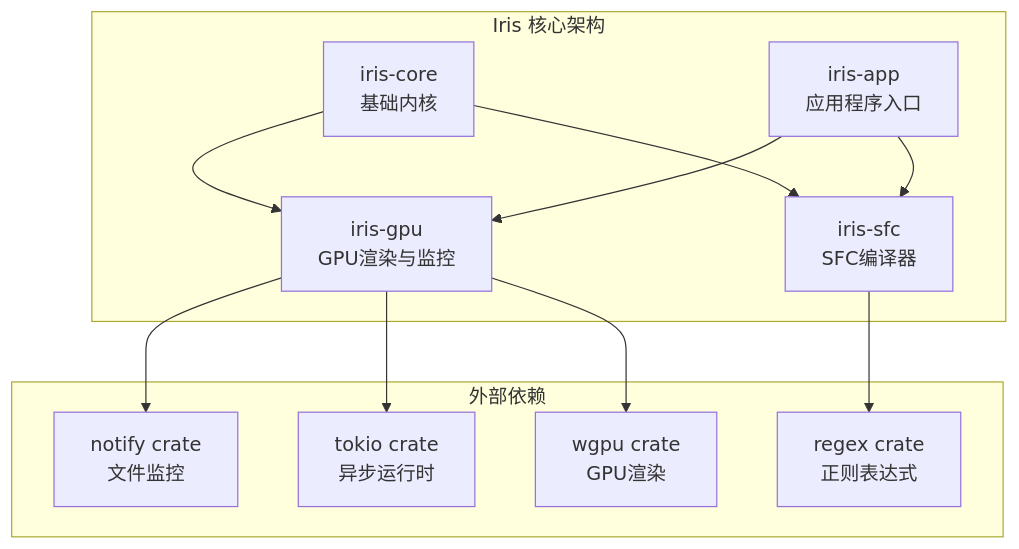
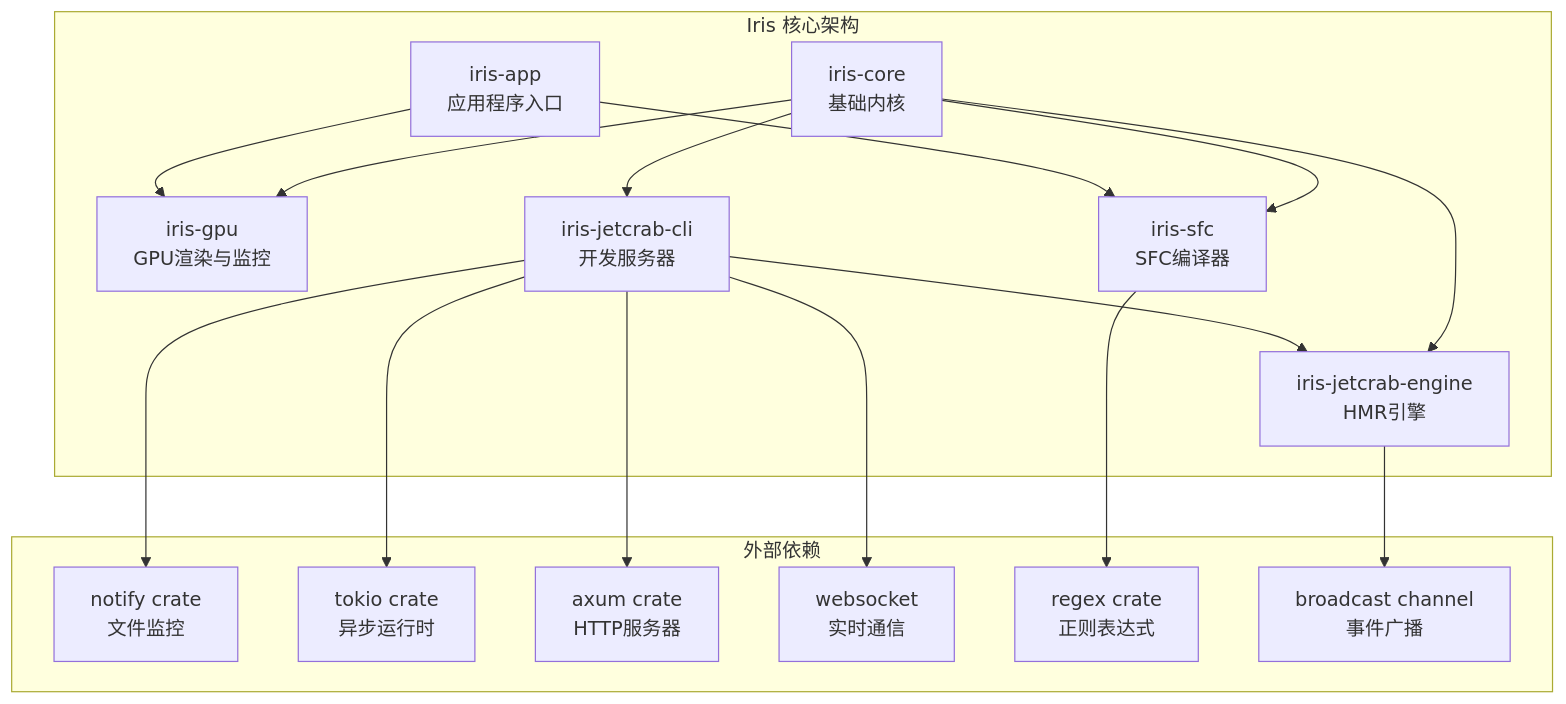
The first of 14 diagrams in .qoder/repowiki/zh/content/核心功能特性/双端跨平台运行/文件监控与热重载系统.md (itszzl-sudo/iris), drawn with Mermaid before and after one commit. The commit also changed other lines of this file and 17 other files, not shown here.

````diff
--- a/.qoder/repowiki/zh/content/核心功能特性/双端跨平台运行/文件监控与热重载系统.md
+++ b/.qoder/repowiki/zh/content/核心功能特性/双端跨平台运行/文件监控与热重载系统.md
@@ -52,23 +63,32 @@
 ```mermaid
 graph TB
 subgraph "Iris 核心架构"
 Core[iris-core<br/>基础内核]
 GPU[iris-gpu<br/>GPU渲染与监控]
 SFC[iris-sfc<br/>SFC编译器]
+JetCrabCLI[iris-jetcrab-cli<br/>开发服务器]
+JetCrabEngine[iris-jetcrab-engine<br/>HMR引擎]
 App[iris-app<br/>应用程序入口]
 end
 subgraph "外部依赖"
 Notify[notify crate<br/>文件监控]
 Tokio[tokio crate<br/>异步运行时]
-WGPU[wgpu crate<br/>GPU渲染]
+Axum[axum crate<br/>HTTP服务器]
+WS[websocket<br/>实时通信]
 Regex[regex crate<br/>正则表达式]
+Broadcast[broadcast channel<br/>事件广播]
 end
 Core --> GPU
 Core --> SFC
+Core --> JetCrabCLI
+Core --> JetCrabEngine
 App --> GPU
 App --> SFC
-GPU --> Notify
-GPU --> Tokio
-GPU --> WGPU
+JetCrabCLI --> JetCrabEngine
+JetCrabCLI --> Notify
+JetCrabCLI --> Tokio
+JetCrabCLI --> Axum
+JetCrabCLI --> WS
+JetCrabEngine --> Broadcast
 SFC --> Regex
 ```
````
